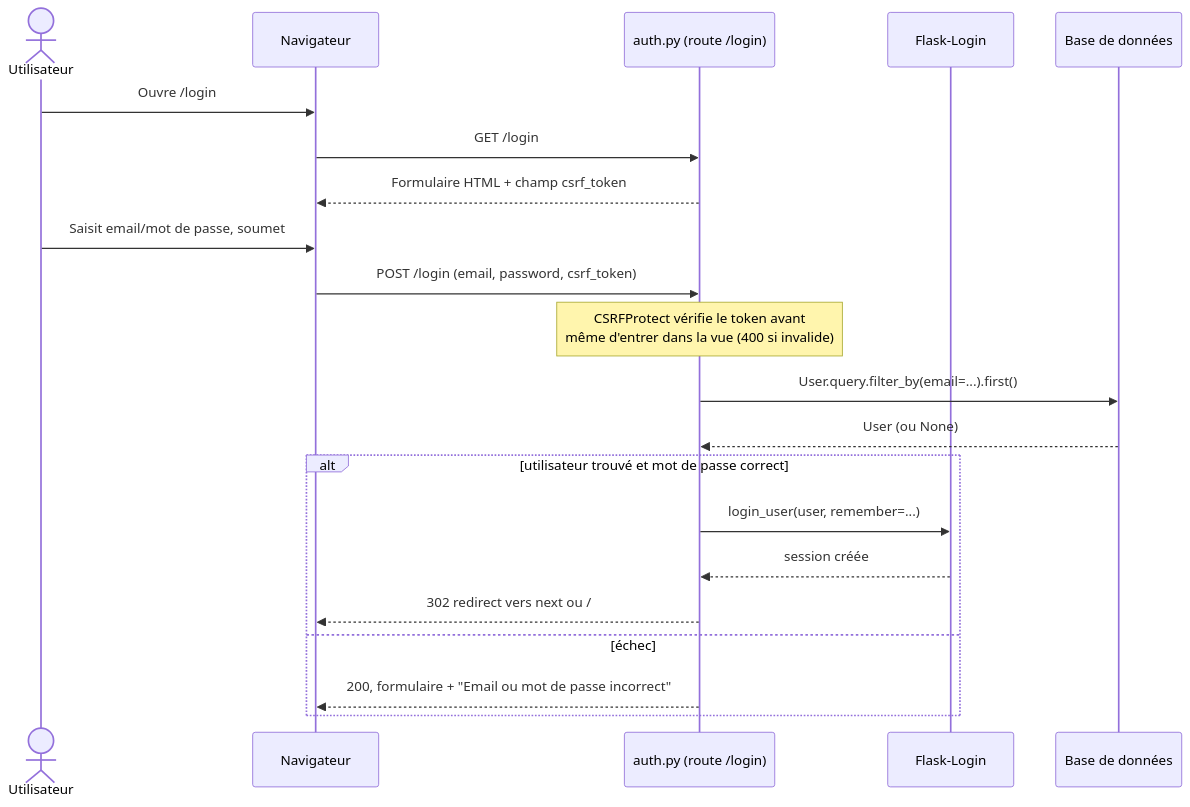
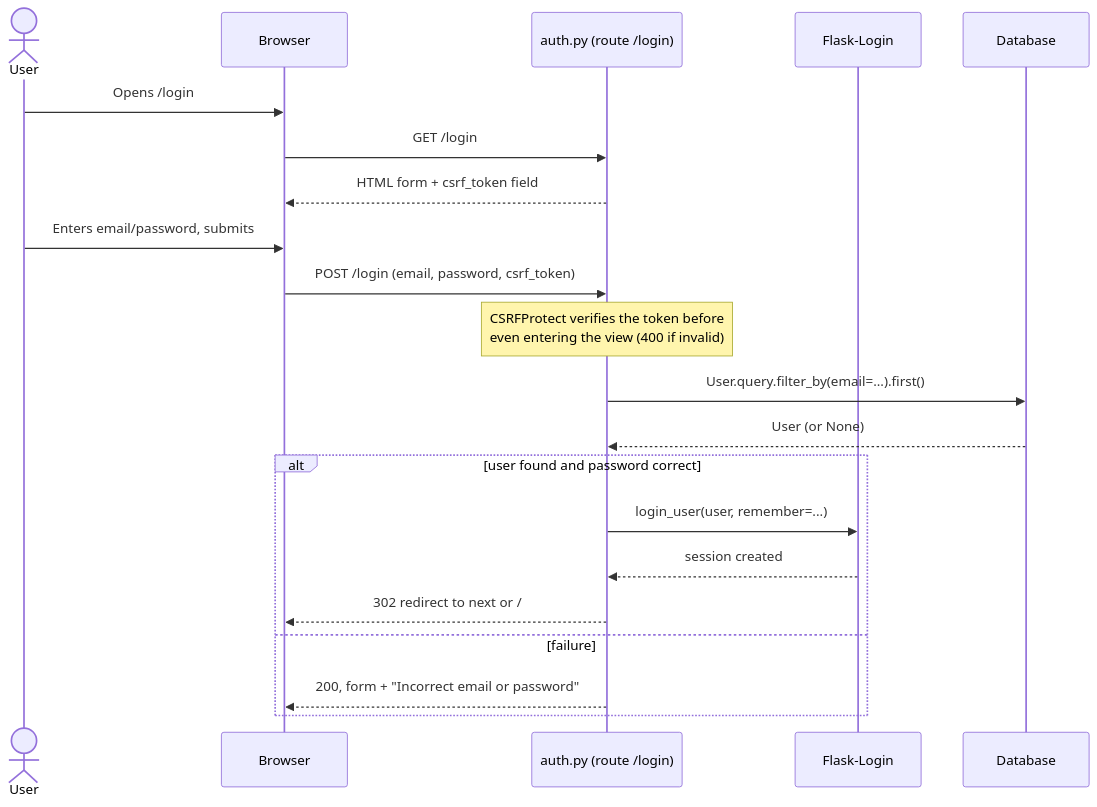
One commit to FoxOps/kairos changed the first of 5 diagrams in Docs/architecture/SEQUENCE_DIAGRAMS.md. Above: the diagram before and after it, drawn with Mermaid. The commit also changed other lines of this file and 3 other files, not shown here.

Commit message:
docs(i18n): translate Docs/architecture/ and Docs/api/API.md to English

````diff
--- a/Docs/architecture/SEQUENCE_DIAGRAMS.md
+++ b/Docs/architecture/SEQUENCE_DIAGRAMS.md
@@ -8,24 +8,24 @@
 ```mermaid
 sequenceDiagram
-    actor U as Utilisateur
-    participant B as Navigateur
+    actor U as User
+    participant B as Browser
     participant R as auth.py (route /login)
     participant FL as Flask-Login
-    participant DB as Base de données
+    participant DB as Database
 
-    U->>B: Ouvre /login
+    U->>B: Opens /login
     B->>R: GET /login
-    R-->>B: Formulaire HTML + champ csrf_token
-    U->>B: Saisit email/mot de passe, soumet
+    R-->>B: HTML form + csrf_token field
+    U->>B: Enters email/password, submits
     B->>R: POST /login (email, password, csrf_token)
-    Note over R: CSRFProtect vérifie le token avant<br/>même d'entrer dans la vue (400 si invalide)
+    Note over R: CSRFProtect verifies the token before<br/>even entering the view (400 if invalid)
     R->>DB: User.query.filter_by(email=...).first()
-    DB-->>R: User (ou None)
-    alt utilisateur trouvé et mot de passe correct
+    DB-->>R: User (or None)
+    alt user found and password correct
         R->>FL: login_user(user, remember=...)
-        FL-->>R: session créée
-        R-->>B: 302 redirect vers next ou /
-    else échec
-        R-->>B: 200, formulaire + "Email ou mot de passe incorrect"
+        FL-->>R: session created
+        R-->>B: 302 redirect to next or /
+    else failure
+        R-->>B: 200, form + "Incorrect email or password"
     end
 ```
````
